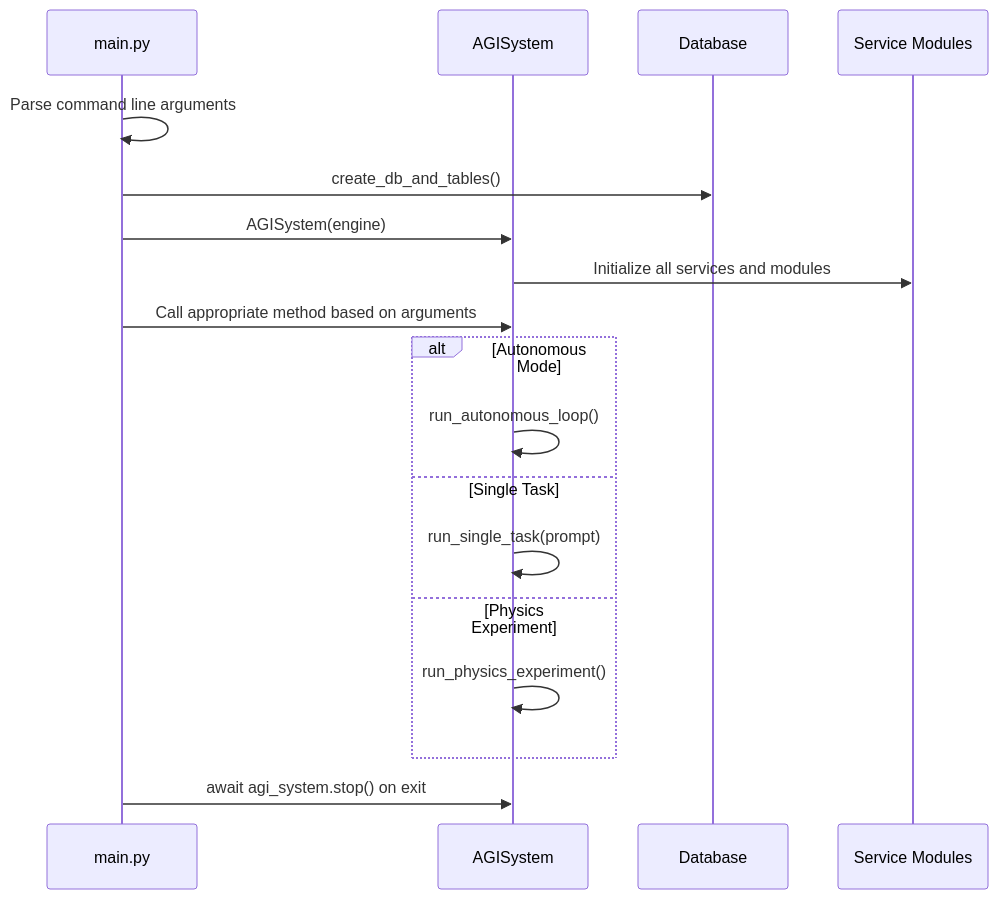
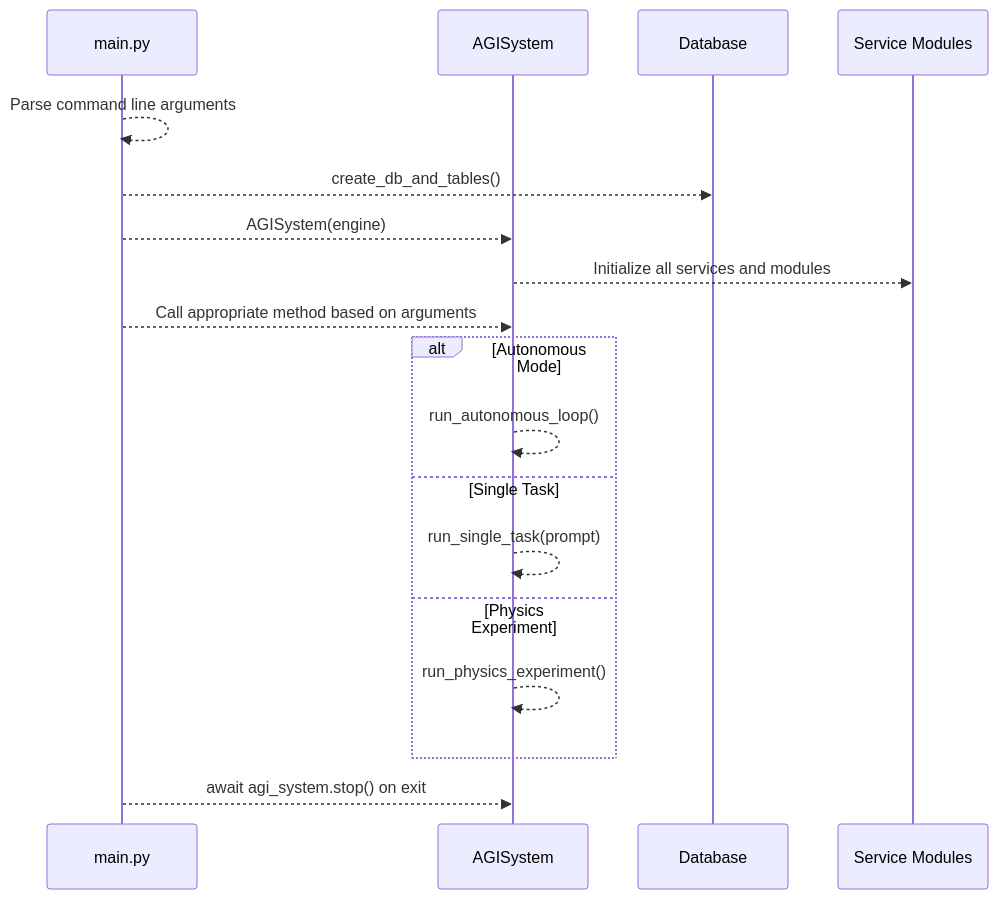
Before and after one commit to Likhithsai2580/RAVANA-WIKI: the second of 4 diagrams in docs/Architecture & Design/Key Design Patterns/Singleton Pattern Implementation.md, drawn with Mermaid. The commit also changed 32 other files, not shown here.

First line of the commit message:
feat(mermaid): enhance Mermaid diagram rendering and debugging support

````diff
--- a/docs/Architecture & Design/Key Design Patterns/Singleton Pattern Implementation.md
+++ b/docs/Architecture & Design/Key Design Patterns/Singleton Pattern Implementation.md
@@ -184,20 +184,20 @@
 ```mermaid
 sequenceDiagram
 participant Main as main.py
 participant System as AGISystem
 participant DB as Database
 participant Service as Service Modules
-Main->>Main : Parse command line arguments
-Main->>DB : create_db_and_tables()
-Main->>System : AGISystem(engine)
-System->>Service : Initialize all services and modules
-Main->>System : Call appropriate method based on arguments
+Main-->>Main : Parse command line arguments
+Main-->>DB : create_db_and_tables()
+Main-->>System : AGISystem(engine)
+System-->>Service : Initialize all services and modules
+Main-->>System : Call appropriate method based on arguments
 alt Autonomous Mode
-System->>System : run_autonomous_loop()
+System-->>System : run_autonomous_loop()
 else Single Task
-System->>System : run_single_task(prompt)
+System-->>System : run_single_task(prompt)
 else Physics Experiment
-System->>System : run_physics_experiment()
+System-->>System : run_physics_experiment()
 end
-Main->>System : await agi_system.stop() on exit
+Main-->>System : await agi_system.stop() on exit
 ```
````
